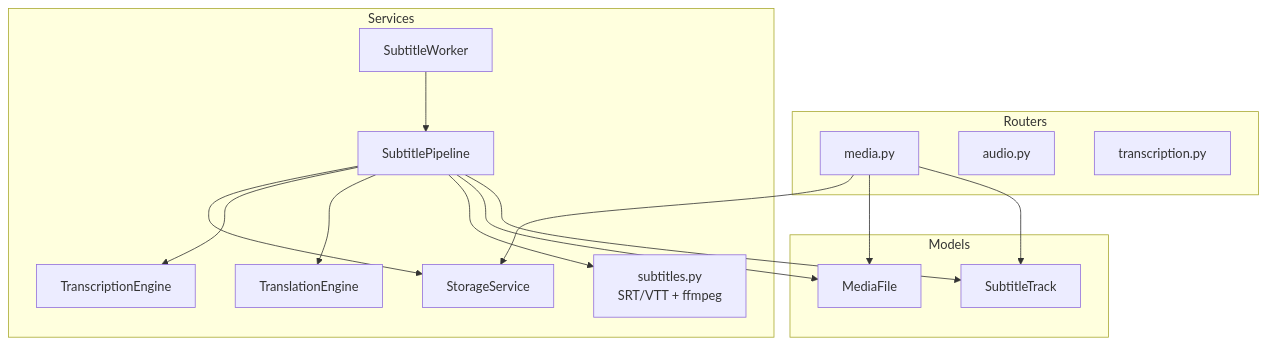
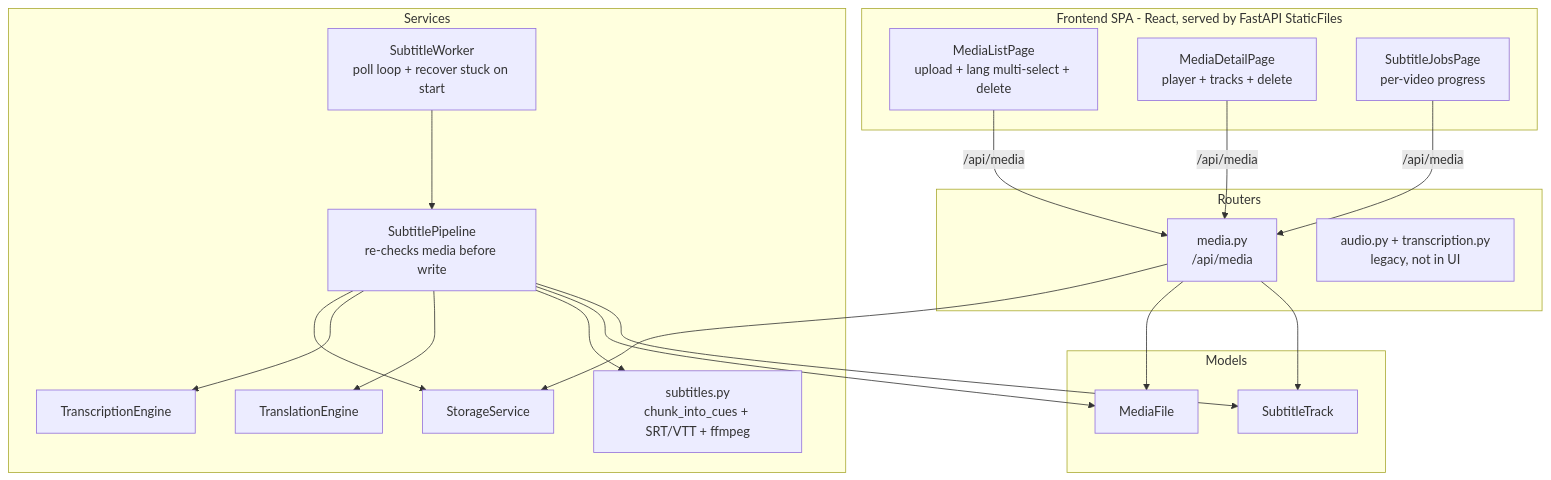
One commit to Ziyang-Liao/WhisperX changed the eighth of 9 diagrams in docs/architecture.md. Above: the diagram before and after it, drawn with Mermaid. The commit also changed other lines of this file and 1 other file, not shown here.

First line of the commit message:
docs: sync architecture diagrams with current implementation

````diff
--- a/docs/architecture.md
+++ b/docs/architecture.md
@@ -196,31 +239,36 @@
 ```mermaid
 flowchart TB
+    subgraph fe[Frontend SPA - React, served by FastAPI StaticFiles]
+        fl[MediaListPage<br/>upload + lang multi-select + delete]
+        fd[MediaDetailPage<br/>player + tracks + delete]
+        fj[SubtitleJobsPage<br/>per-video progress]
+    end
     subgraph routers[Routers]
-        rm[media.py]
-        ra[audio.py]
-        rt[transcription.py]
+        rm[media.py<br/>/api/media]
+        leg[audio.py + transcription.py<br/>legacy, not in UI]
     end
     subgraph services[Services]
-        sp[SubtitlePipeline]
-        wk[SubtitleWorker]
+        sp[SubtitlePipeline<br/>re-checks media before write]
+        wk[SubtitleWorker<br/>poll loop + recover stuck on start]
         st[StorageService]
         te[TranscriptionEngine]
         tr[TranslationEngine]
-        su[subtitles.py<br/>SRT/VTT + ffmpeg]
+        su[subtitles.py<br/>chunk_into_cues + SRT/VTT + ffmpeg]
     end
     subgraph models[Models]
         mf[MediaFile]
         tk[SubtitleTrack]
     end
 
+    fl & fd & fj -->|/api/media| rm
     rm --> st
     rm --> mf
     rm --> tk
     wk --> sp
     sp --> st
     sp --> te
     sp --> tr
     sp --> su
     sp --> mf
     sp --> tk
 ```
````
